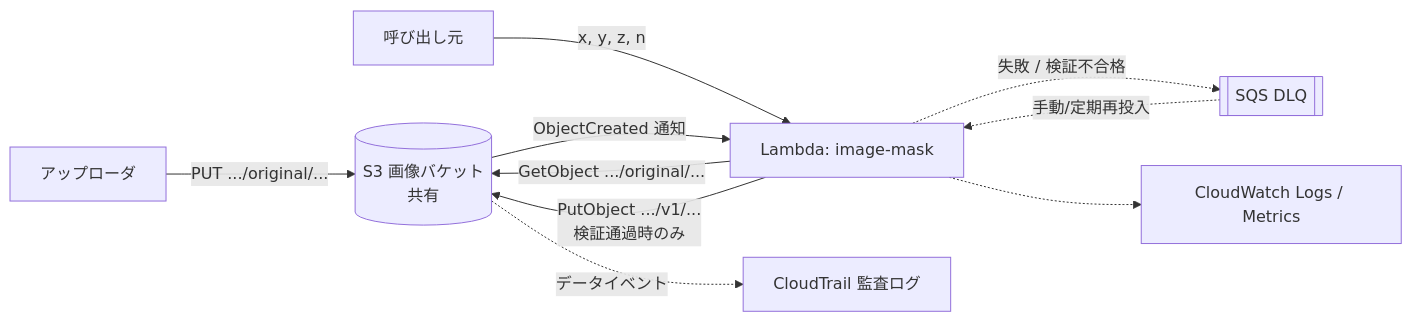
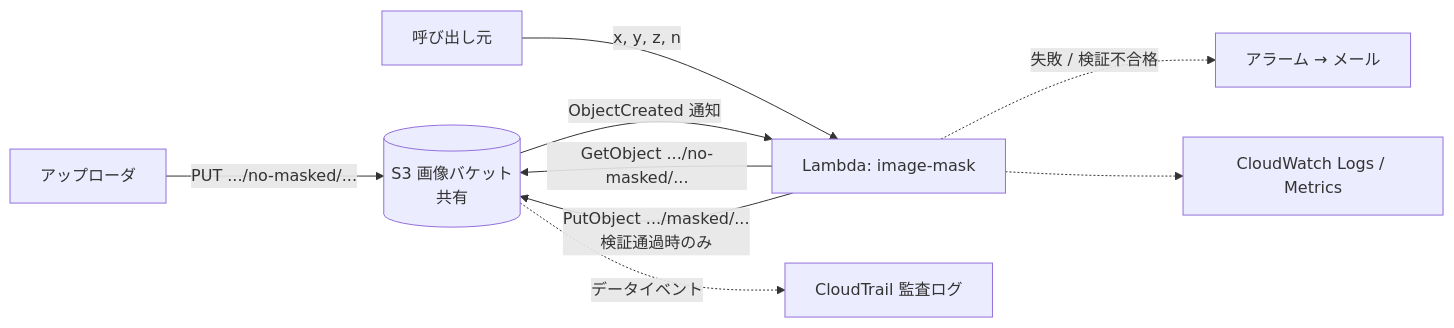
One commit to rxsxkxd/pk changed the diagram in lim/docs/image-blur-lambda-design.md. Above: the diagram before and after it, drawn with Mermaid. The commit also changed other lines of this file and 9 other files, not shown here.

````diff
--- a/lim/docs/image-blur-lambda-design.md
+++ b/lim/docs/image-blur-lambda-design.md
@@ -152,12 +152,11 @@
 ```mermaid
 flowchart LR
-  U[アップローダ] -->|PUT .../original/...| B[(S3 画像バケット<br/>共有)]
+  U[アップローダ] -->|PUT .../no-masked/...| B[(S3 画像バケット<br/>共有)]
   R[呼び出し元] -->|x, y, z, n| L[Lambda: image-mask]
   B -->|ObjectCreated 通知| L
-  L -->|GetObject .../original/...| B
-  L -->|PutObject .../v1/...<br/>検証通過時のみ| B
-  L -.->|失敗 / 検証不合格| DLQ[[SQS DLQ]]
+  L -->|GetObject .../no-masked/...| B
+  L -->|PutObject .../masked/...<br/>検証通過時のみ| B
+  L -.->|失敗 / 検証不合格| A[アラーム → メール]
   L -.-> LOG[CloudWatch Logs / Metrics]
   B -.->|データイベント| CT[CloudTrail 監査ログ]
-  DLQ -.->|手動/定期再投入| L
 ```
````
